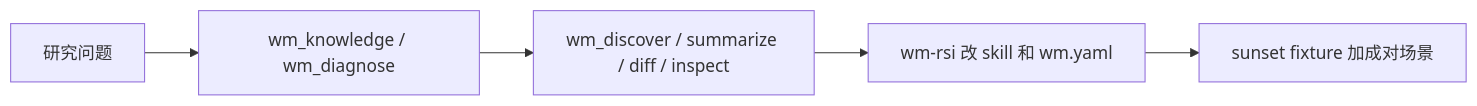
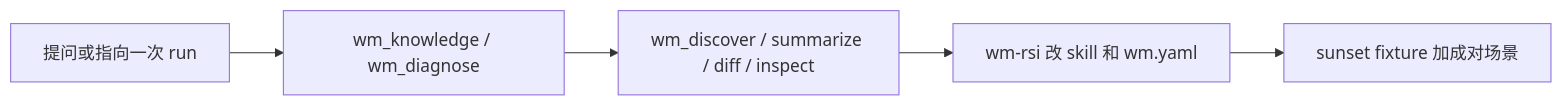
The diagram in README.zh.md (WayneJin0918/dsh-wm), drawn with Mermaid before and after one commit. The commit also changed other lines of this file and 15 other files, not shown here.

````diff
--- a/README.zh.md
+++ b/README.zh.md
@@ -204,7 +242,7 @@
 ```mermaid
 flowchart LR
-  ask[研究问题] --> know[wm_knowledge / wm_diagnose]
+  play[提问或指向一次 run] --> know[wm_knowledge / wm_diagnose]
   know --> measure[wm_discover / summarize / diff / inspect]
   measure --> rsi[wm-rsi 改 skill 和 wm.yaml]
   rsi --> gate[sunset fixture 加成对场景]
 ```
````
